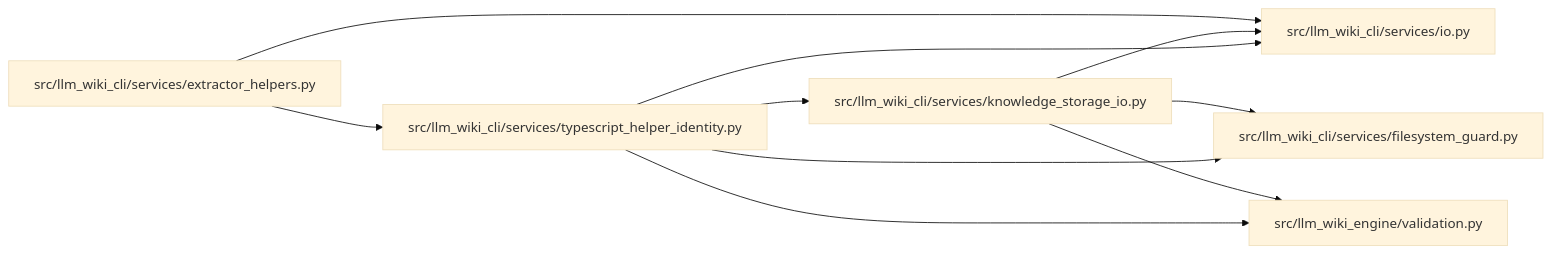
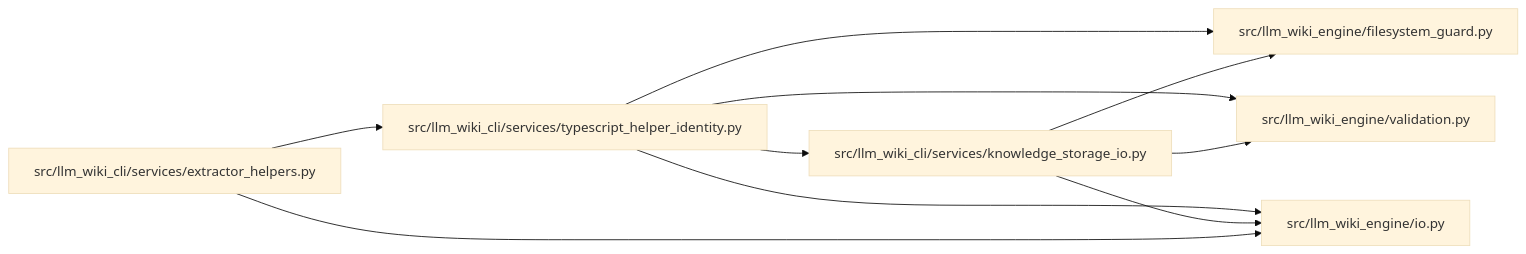
The diagram in docs/llm_wiki/modules/typescript_helper_identity.md (Denissvgn/python-wiki-llm), drawn with Mermaid (base theme) before and after one commit. The commit also changed other lines of this file and 739 other files, not shown here.

First line of the commit message:
docs: refresh the wiki for the second engine batch

````diff
--- a/docs/llm_wiki/modules/typescript_helper_identity.md
+++ b/docs/llm_wiki/modules/typescript_helper_identity.md
@@ -33,24 +33,24 @@
 ```mermaid
 flowchart LR
     n0["src/llm_wiki_cli/services/extractor_helpers.py"]
-    n1["src/llm_wiki_cli/services/filesystem_guard.py"]
-    n2["src/llm_wiki_cli/services/io.py"]
-    n3["src/llm_wiki_cli/services/knowledge_storage_io.py"]
-    n4["src/llm_wiki_cli/services/typescript_helper_identity.py"]
+    n1["src/llm_wiki_cli/services/knowledge_storage_io.py"]
+    n2["src/llm_wiki_cli/services/typescript_helper_identity.py"]
+    n3["src/llm_wiki_engine/filesystem_guard.py"]
+    n4["src/llm_wiki_engine/io.py"]
     n5["src/llm_wiki_engine/validation.py"]
     n0 --> n2
     n0 --> n4
-    n3 --> n1
-    n3 --> n2
-    n3 --> n5
-    n4 --> n1
-    n4 --> n2
-    n4 --> n3
-    n4 --> n5
+    n1 --> n3
+    n1 --> n4
+    n1 --> n5
+    n2 --> n1
+    n2 --> n3
+    n2 --> n4
+    n2 --> n5
     click n0 "../modules/extractor_helpers.md"
-    click n1 "../modules/filesystem_guard.md"
-    click n2 "../modules/io.md"
-    click n3 "../modules/knowledge_storage_io.md"
-    click n4 "../modules/typescript_helper_identity.md"
+    click n1 "../modules/knowledge_storage_io.md"
+    click n2 "../modules/typescript_helper_identity.md"
+    click n3 "../modules/filesystem_guard.md"
+    click n4 "../modules/io.md"
     click n5 "../modules/validation.md"
 ```
````
